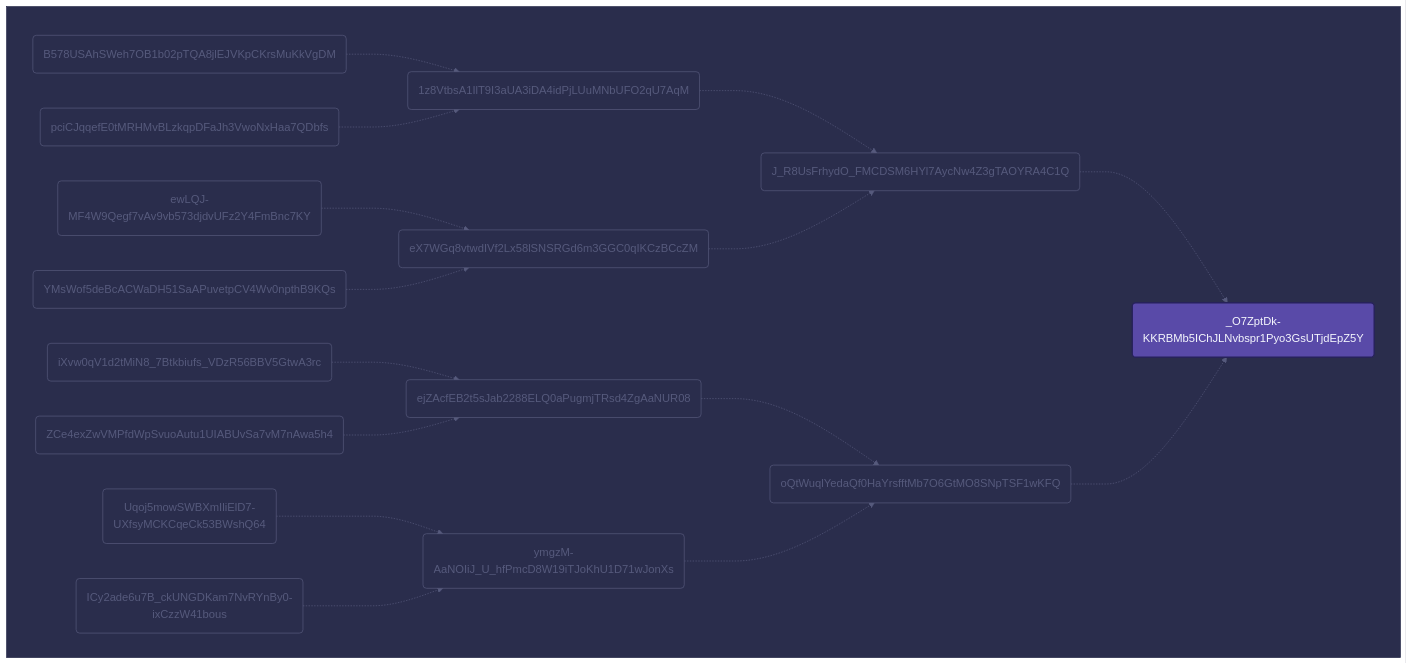
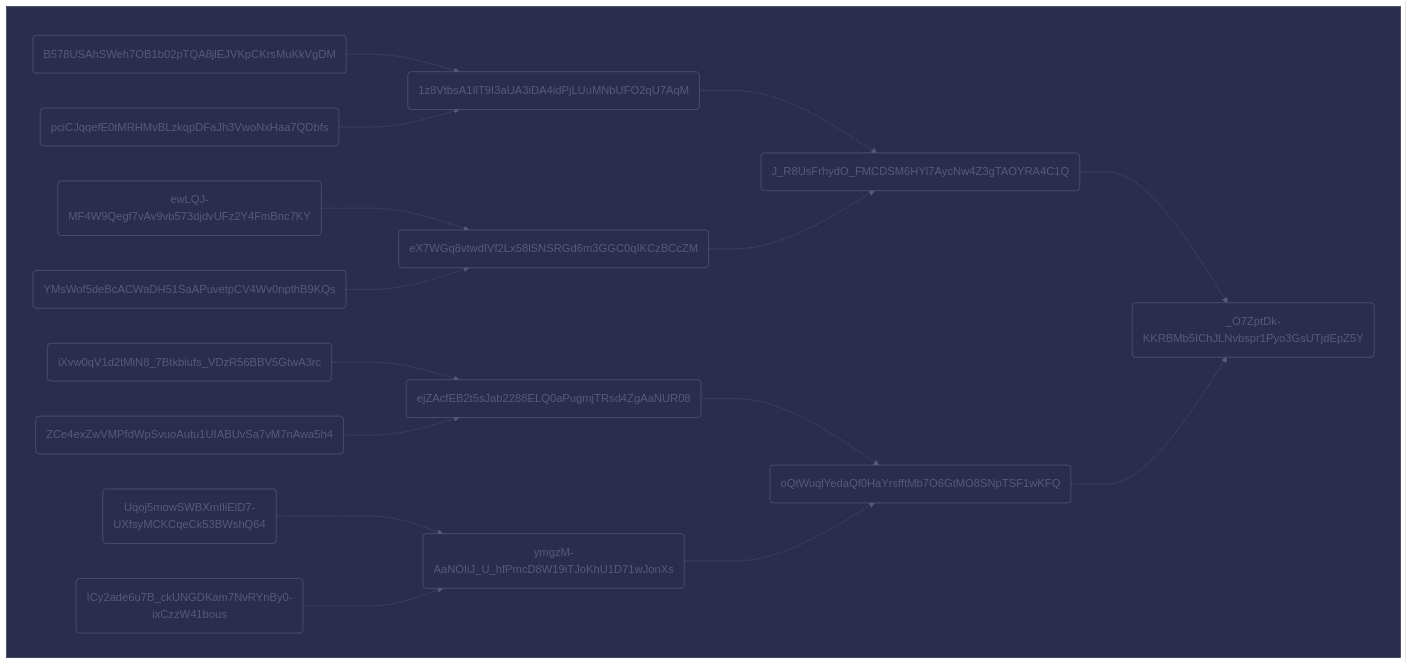
One commit to transmute-industries/verifiable-data changed the diagram in packages/merkle-proof/examples/alignment/full-tree.mermaid.md. Above: the diagram before and after it, drawn with Mermaid. The commit also changed 10 other files, not shown here.

````diff
--- a/packages/merkle-proof/examples/alignment/full-tree.mermaid.md
+++ b/packages/merkle-proof/examples/alignment/full-tree.mermaid.md
@@ -1,81 +1,52 @@
 ```mermaid
 %%{
   init: {
     'flowchart': { 'curve': 'monotoneX' },
     'theme': 'base',
     'themeVariables': {
       'primaryColor': '#2a2d4c',
       'primaryTextColor': '#565a7c',
       'nodeBorder': '#565a7c',
       'edgeLabelBackground': '#2a2d4c',
       'clusterBkg': '#2a2d4c',
       'clusterBorder': '#2a2d4c',
       'lineColor': '#565a7c',
       'fontFamily': 'monospace',
       'darkmode': true
     }
   }
 }%%
 graph LR
-  subgraph &nbsp;
-    direction LR
+	subgraph &nbsp;
+		direction LR
 		_O7ZptDk-KKRBMb5IChJLNvbspr1Pyo3GsUTjdEpZ5Y("_O7ZptDk-KKRBMb5IChJLNvbspr1Pyo3GsUTjdEpZ5Y") 
 		J_R8UsFrhydO_FMCDSM6HYl7AycNw4Z3gTAOYRA4C1Q("J_R8UsFrhydO_FMCDSM6HYl7AycNw4Z3gTAOYRA4C1Q") 
 		oQtWuqlYedaQf0HaYrsfftMb7O6GtMO8SNpTSF1wKFQ("oQtWuqlYedaQf0HaYrsfftMb7O6GtMO8SNpTSF1wKFQ") 
 		1z8VtbsA1IlT9I3aUA3iDA4idPjLUuMNbUFO2qU7AqM("1z8VtbsA1IlT9I3aUA3iDA4idPjLUuMNbUFO2qU7AqM") 
 		eX7WGq8vtwdIVf2Lx58lSNSRGd6m3GGC0qIKCzBCcZM("eX7WGq8vtwdIVf2Lx58lSNSRGd6m3GGC0qIKCzBCcZM") 
 		ejZAcfEB2t5sJab2288ELQ0aPugmjTRsd4ZgAaNUR08("ejZAcfEB2t5sJab2288ELQ0aPugmjTRsd4ZgAaNUR08") 
 		ymgzM-AaNOIiJ_U_hfPmcD8W19iTJoKhU1D71wJonXs("ymgzM-AaNOIiJ_U_hfPmcD8W19iTJoKhU1D71wJonXs") 
 		B578USAhSWeh7OB1b02pTQA8jlEJVKpCKrsMuKkVgDM("B578USAhSWeh7OB1b02pTQA8jlEJVKpCKrsMuKkVgDM") 
 		pciCJqqefE0tMRHMvBLzkqpDFaJh3VwoNxHaa7QDbfs("pciCJqqefE0tMRHMvBLzkqpDFaJh3VwoNxHaa7QDbfs") 
 		ewLQJ-MF4W9Qegf7vAv9vb573djdvUFz2Y4FmBnc7KY("ewLQJ-MF4W9Qegf7vAv9vb573djdvUFz2Y4FmBnc7KY") 
 		YMsWof5deBcACWaDH51SaAPuvetpCV4Wv0npthB9KQs("YMsWof5deBcACWaDH51SaAPuvetpCV4Wv0npthB9KQs") 
 		iXvw0qV1d2tMiN8_7Btkbiufs_VDzR56BBV5GtwA3rc("iXvw0qV1d2tMiN8_7Btkbiufs_VDzR56BBV5GtwA3rc") 
 		ZCe4exZwVMPfdWpSvuoAutu1UIABUvSa7vM7nAwa5h4("ZCe4exZwVMPfdWpSvuoAutu1UIABUvSa7vM7nAwa5h4") 
 		Uqoj5mowSWBXmIliElD7-UXfsyMCKCqeCk53BWshQ64("Uqoj5mowSWBXmIliElD7-UXfsyMCKCqeCk53BWshQ64") 
 		ICy2ade6u7B_ckUNGDKam7NvRYnBy0-ixCzzW41bous("ICy2ade6u7B_ckUNGDKam7NvRYnBy0-ixCzzW41bous") 
 		J_R8UsFrhydO_FMCDSM6HYl7AycNw4Z3gTAOYRA4C1Q -.-> _O7ZptDk-KKRBMb5IChJLNvbspr1Pyo3GsUTjdEpZ5Y 
 		oQtWuqlYedaQf0HaYrsfftMb7O6GtMO8SNpTSF1wKFQ -.-> _O7ZptDk-KKRBMb5IChJLNvbspr1Pyo3GsUTjdEpZ5Y 
 		1z8VtbsA1IlT9I3aUA3iDA4idPjLUuMNbUFO2qU7AqM -.-> J_R8UsFrhydO_FMCDSM6HYl7AycNw4Z3gTAOYRA4C1Q 
 		eX7WGq8vtwdIVf2Lx58lSNSRGd6m3GGC0qIKCzBCcZM -.-> J_R8UsFrhydO_FMCDSM6HYl7AycNw4Z3gTAOYRA4C1Q 
 		ejZAcfEB2t5sJab2288ELQ0aPugmjTRsd4ZgAaNUR08 -.-> oQtWuqlYedaQf0HaYrsfftMb7O6GtMO8SNpTSF1wKFQ 
 		ymgzM-AaNOIiJ_U_hfPmcD8W19iTJoKhU1D71wJonXs -.-> oQtWuqlYedaQf0HaYrsfftMb7O6GtMO8SNpTSF1wKFQ 
 		B578USAhSWeh7OB1b02pTQA8jlEJVKpCKrsMuKkVgDM -.-> 1z8VtbsA1IlT9I3aUA3iDA4idPjLUuMNbUFO2qU7AqM 
 		pciCJqqefE0tMRHMvBLzkqpDFaJh3VwoNxHaa7QDbfs -.-> 1z8VtbsA1IlT9I3aUA3iDA4idPjLUuMNbUFO2qU7AqM 
 		ewLQJ-MF4W9Qegf7vAv9vb573djdvUFz2Y4FmBnc7KY -.-> eX7WGq8vtwdIVf2Lx58lSNSRGd6m3GGC0qIKCzBCcZM 
 		YMsWof5deBcACWaDH51SaAPuvetpCV4Wv0npthB9KQs -.-> eX7WGq8vtwdIVf2Lx58lSNSRGd6m3GGC0qIKCzBCcZM 
 		iXvw0qV1d2tMiN8_7Btkbiufs_VDzR56BBV5GtwA3rc -.-> ejZAcfEB2t5sJab2288ELQ0aPugmjTRsd4ZgAaNUR08 
 		ZCe4exZwVMPfdWpSvuoAutu1UIABUvSa7vM7nAwa5h4 -.-> ejZAcfEB2t5sJab2288ELQ0aPugmjTRsd4ZgAaNUR08 
 		Uqoj5mowSWBXmIliElD7-UXfsyMCKCqeCk53BWshQ64 -.-> ymgzM-AaNOIiJ_U_hfPmcD8W19iTJoKhU1D71wJonXs 
 		ICy2ade6u7B_ckUNGDKam7NvRYnBy0-ixCzzW41bous -.-> ymgzM-AaNOIiJ_U_hfPmcD8W19iTJoKhU1D71wJonXs 
-		style _O7ZptDk-KKRBMb5IChJLNvbspr1Pyo3GsUTjdEpZ5Y color:#f5f7fd, fill:#594aa8, stroke:#27225b, stroke-width: 2.0px 
-		style J_R8UsFrhydO_FMCDSM6HYl7AycNw4Z3gTAOYRA4C1Q stroke:#565a7c, stroke-width: 1.0px 
-		style oQtWuqlYedaQf0HaYrsfftMb7O6GtMO8SNpTSF1wKFQ stroke:#565a7c, stroke-width: 1.0px 
-		style 1z8VtbsA1IlT9I3aUA3iDA4idPjLUuMNbUFO2qU7AqM stroke:#565a7c, stroke-width: 1.0px 
-		style eX7WGq8vtwdIVf2Lx58lSNSRGd6m3GGC0qIKCzBCcZM stroke:#565a7c, stroke-width: 1.0px 
-		style ejZAcfEB2t5sJab2288ELQ0aPugmjTRsd4ZgAaNUR08 stroke:#565a7c, stroke-width: 1.0px 
-		style ymgzM-AaNOIiJ_U_hfPmcD8W19iTJoKhU1D71wJonXs stroke:#565a7c, stroke-width: 1.0px 
-		style B578USAhSWeh7OB1b02pTQA8jlEJVKpCKrsMuKkVgDM stroke:#565a7c, stroke-width: 1.0px 
-		style pciCJqqefE0tMRHMvBLzkqpDFaJh3VwoNxHaa7QDbfs stroke:#565a7c, stroke-width: 1.0px 
-		style ewLQJ-MF4W9Qegf7vAv9vb573djdvUFz2Y4FmBnc7KY stroke:#565a7c, stroke-width: 1.0px 
-		style YMsWof5deBcACWaDH51SaAPuvetpCV4Wv0npthB9KQs stroke:#565a7c, stroke-width: 1.0px 
-		style iXvw0qV1d2tMiN8_7Btkbiufs_VDzR56BBV5GtwA3rc stroke:#565a7c, stroke-width: 1.0px 
-		style ZCe4exZwVMPfdWpSvuoAutu1UIABUvSa7vM7nAwa5h4 stroke:#565a7c, stroke-width: 1.0px 
-		style Uqoj5mowSWBXmIliElD7-UXfsyMCKCqeCk53BWshQ64 stroke:#565a7c, stroke-width: 1.0px 
-		style ICy2ade6u7B_ckUNGDKam7NvRYnBy0-ixCzzW41bous stroke:#565a7c, stroke-width: 1.0px 
-		linkStyle 0 color:#565a7c, stroke:#565a7c, stroke-width: 1.0px 
-		linkStyle 1 color:#565a7c, stroke:#565a7c, stroke-width: 1.0px 
-		linkStyle 2 color:#565a7c, stroke:#565a7c, stroke-width: 1.0px 
-		linkStyle 3 color:#565a7c, stroke:#565a7c, stroke-width: 1.0px 
-		linkStyle 4 color:#565a7c, stroke:#565a7c, stroke-width: 1.0px 
-		linkStyle 5 color:#565a7c, stroke:#565a7c, stroke-width: 1.0px 
-		linkStyle 6 color:#565a7c, stroke:#565a7c, stroke-width: 1.0px 
-		linkStyle 7 color:#565a7c, stroke:#565a7c, stroke-width: 1.0px 
-		linkStyle 8 color:#565a7c, stroke:#565a7c, stroke-width: 1.0px 
-		linkStyle 9 color:#565a7c, stroke:#565a7c, stroke-width: 1.0px 
-		linkStyle 10 color:#565a7c, stroke:#565a7c, stroke-width: 1.0px 
-		linkStyle 11 color:#565a7c, stroke:#565a7c, stroke-width: 1.0px 
-		linkStyle 12 color:#565a7c, stroke:#565a7c, stroke-width: 1.0px 
-		linkStyle 13 color:#565a7c, stroke:#565a7c, stroke-width: 1.0px 
-  end
+	end
 ```
````
